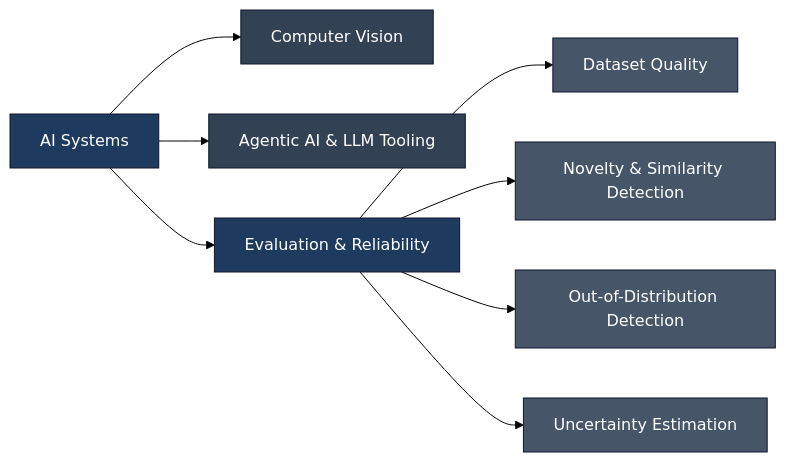
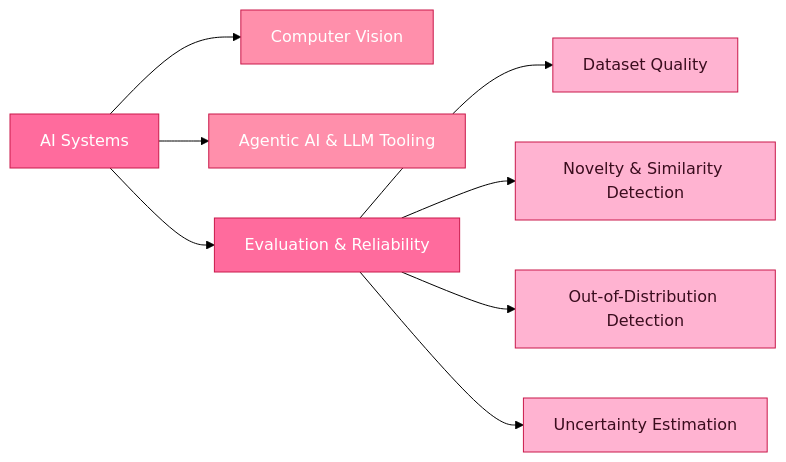
The diagram in README.md (AdithyaNaikk/AdithyaNaikk), drawn with Mermaid (forest theme) before and after one commit. The commit also changed other lines of this file, not shown here.

````diff
--- a/README.md
+++ b/README.md
@@ -23,19 +31,19 @@
 ```mermaid
 graph LR
     A[AI Systems] --> B[Computer Vision]
     A --> C[Agentic AI & LLM Tooling]
     A --> D[Evaluation & Reliability]
     D --> D1[Dataset Quality]
     D --> D2[Novelty & Similarity Detection]
     D --> D3[Out-of-Distribution Detection]
     D --> D4[Uncertainty Estimation]
 
-    style A fill:#1e3a5f,stroke:#0f172a,color:#fff
-    style D fill:#1e3a5f,stroke:#0f172a,color:#fff
-    style B fill:#334155,stroke:#0f172a,color:#fff
-    style C fill:#334155,stroke:#0f172a,color:#fff
-    style D1 fill:#475569,stroke:#0f172a,color:#fff
-    style D2 fill:#475569,stroke:#0f172a,color:#fff
-    style D3 fill:#475569,stroke:#0f172a,color:#fff
-    style D4 fill:#475569,stroke:#0f172a,color:#fff
+    style A fill:#FF6B9D,stroke:#C9184A,color:#fff
+    style D fill:#FF6B9D,stroke:#C9184A,color:#fff
+    style B fill:#FF8FAB,stroke:#C9184A,color:#fff
+    style C fill:#FF8FAB,stroke:#C9184A,color:#fff
+    style D1 fill:#FFB3D1,stroke:#C9184A,color:#3a0d1e
+    style D2 fill:#FFB3D1,stroke:#C9184A,color:#3a0d1e
+    style D3 fill:#FFB3D1,stroke:#C9184A,color:#3a0d1e
+    style D4 fill:#FFB3D1,stroke:#C9184A,color:#3a0d1e
 ```
````
